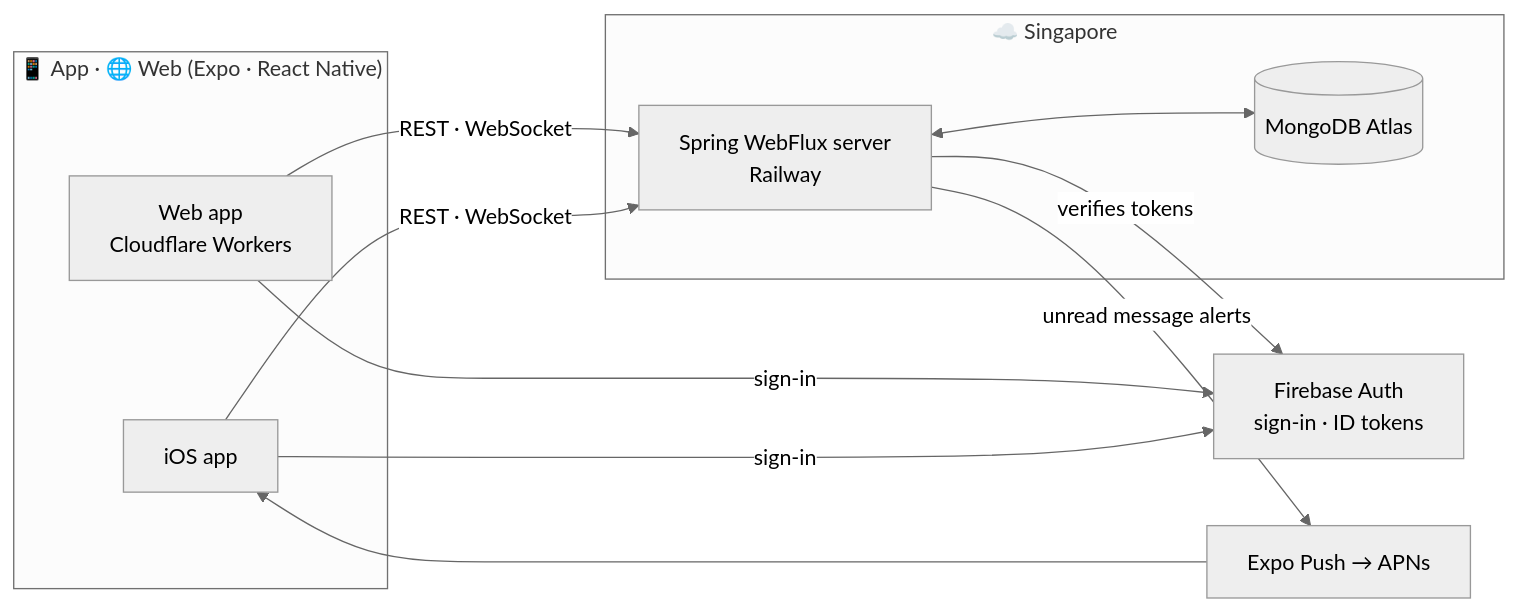
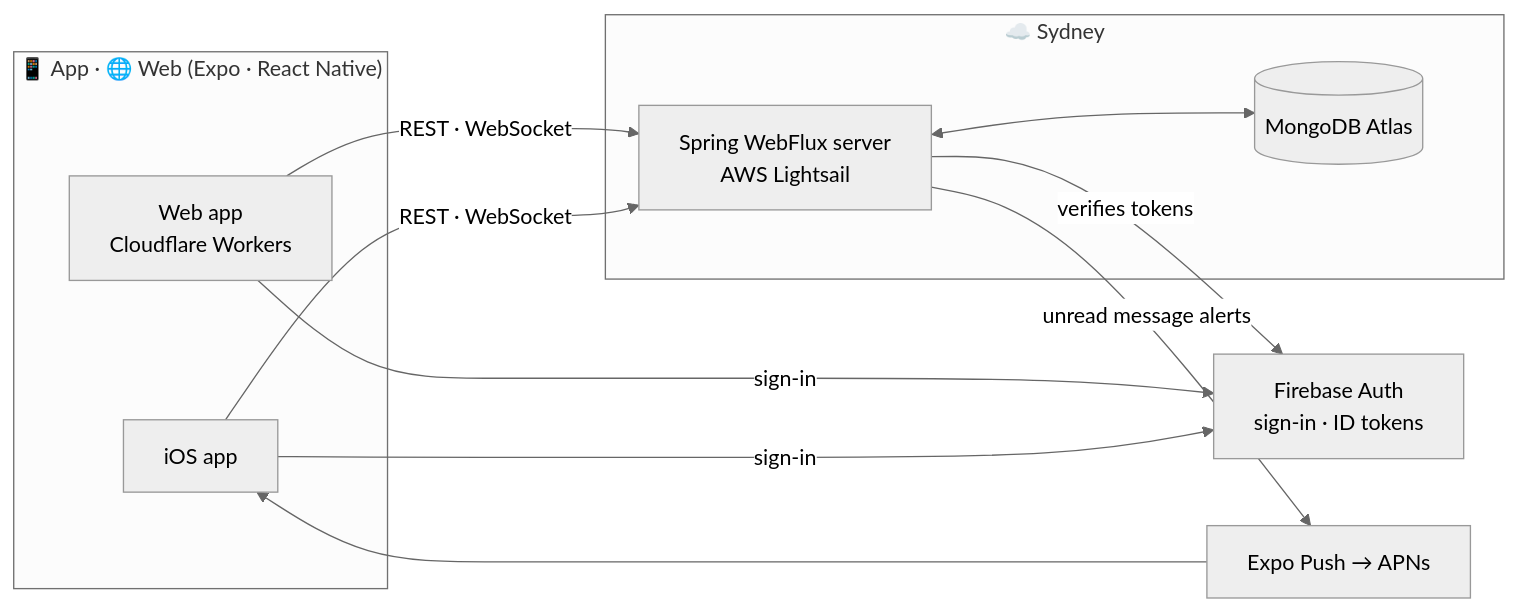
The diagram in README.md (ottuck/puny-chat), drawn with Mermaid (neutral theme) before and after one commit. The commit also changed other lines of this file and 17 other files, not shown here.

First line of the commit message:
docs: Lightsail 이전 반영과 Terraform의 Railway 리소스 제거

````diff
--- a/README.md
+++ b/README.md
@@ -92,25 +92,25 @@
 ```mermaid
 flowchart LR
     subgraph Client["📱 App · 🌐 Web (Expo · React Native)"]
         App["iOS app"]
         Web["Web app<br/>Cloudflare Workers"]
     end
 
     Firebase["Firebase Auth<br/>sign-in · ID tokens"]
 
-    subgraph Cloud["☁️ Singapore"]
-        Server["Spring WebFlux server<br/>Railway"]
+    subgraph Cloud["☁️ Sydney"]
+        Server["Spring WebFlux server<br/>AWS Lightsail"]
         DB[("MongoDB Atlas")]
     end
 
     Expo["Expo Push → APNs"]
 
     App -- sign-in --> Firebase
     Web -- sign-in --> Firebase
     App -- "REST · WebSocket" --> Server
     Web -- "REST · WebSocket" --> Server
     Server -- verifies tokens --> Firebase
     Server <--> DB
     Server -- unread message alerts --> Expo
     Expo --> App
 ```
````
